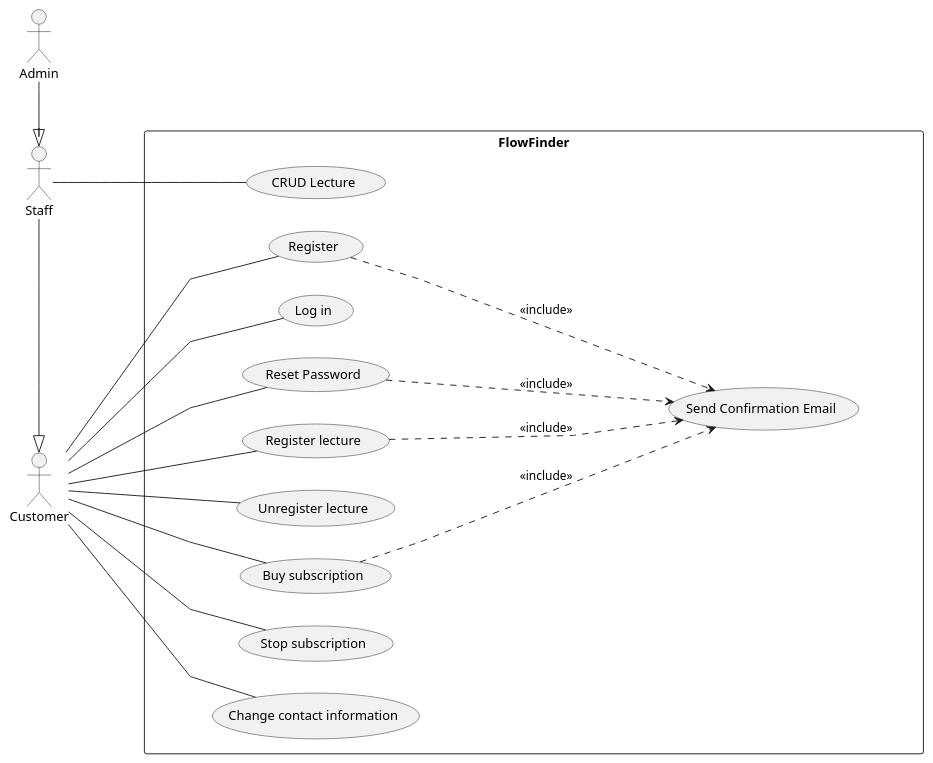
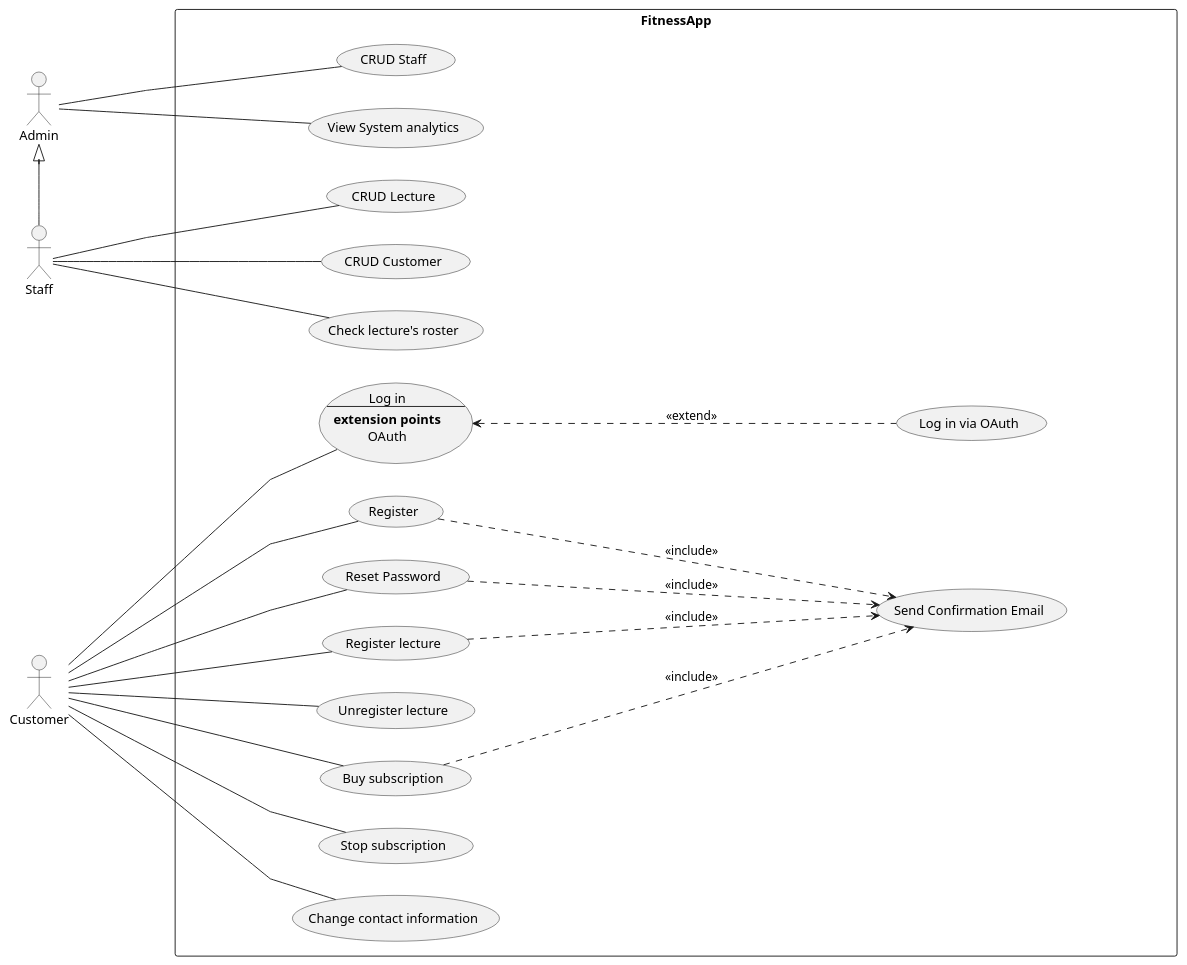
Before and after one commit to CatherineBalu/Fitness: the diagram in Diagrams/UseCaseDiagram.puml, drawn with PlantUML.

Commit message:
NUE-14: add more usecases

```diff
--- a/Diagrams/UseCaseDiagram.puml
+++ b/Diagrams/UseCaseDiagram.puml
@@ -1,61 +1,66 @@
 @startuml FitnessApp
 
 !pragma ratio 0.80
 
  skinparam linetype polyline
 ' skinparam linetype ortho
 
 left to right direction
 
 ' Actors:
 actor "Admin" as admin
 actor "Staff" as staff
 actor "Customer" as customer
 
 ' Generalizations:
-admin -[norank]-|> staff
-staff -[norank]-|> customer
+staff -[norank]-|> admin
 
 
 ' System boundary:
-rectangle "FlowFinder" as flowFinder {
+rectangle "FitnessApp" as fitnessApp {
     usecase "Register" as register
     usecase "Log in" as login
     usecase "Reset Password" as resetPassword
     usecase "Register lecture" as registerLecture
     usecase "Send Confirmation Email" as confirmationEmail
     usecase "Unregister lecture" as unregisterLecture
     usecase "Buy subscription" as buySubscription
     usecase "Stop subscription" as stopSubscription
     usecase "Change contact information" as changeContact
+    usecase "Log in\n--\n**extension points**\nOAuth" as login
+    usecase "Log in via OAuth" as oauthLogin
 
     usecase "CRUD Lecture" as crudLecture
+    usecase "CRUD Customer" as crudCustomer
+    usecase "Check lecture's roster" as checkRoster
+    
+    usecase "CRUD Staff" as crudStaff
+    usecase "View System analytics" as viewAnalytics
     }
 
 ' Includes, extends:
 
-' schedulePaymentOrders ..> automaticCategorisation : <<include>>
 register ..> confirmationEmail : <<include>>
 resetPassword ..> confirmationEmail : <<include>>
 registerLecture ..> confirmationEmail : <<include>>
 buySubscription ..> confirmationEmail : <<include>>
+oauthLogin .up.> login : <<extend>>
 
 ' Associations between actors and use cases:
 customer -- register
 customer -- login
 customer -- resetPassword
 customer -- registerLecture
 customer -- unregisterLecture
 customer -- buySubscription
 customer -- stopSubscription
 customer -- changeContact
 
 staff -- crudLecture
+staff -- crudCustomer
+staff -- checkRoster
 
-
-' For layout purposes only
-
-' subscriptionOwner -[hidden]-> advancedUser
-' advancedUser -[hidden]-> basicUser
+admin -- crudStaff
+admin -- viewAnalytics
 
 @enduml
```
